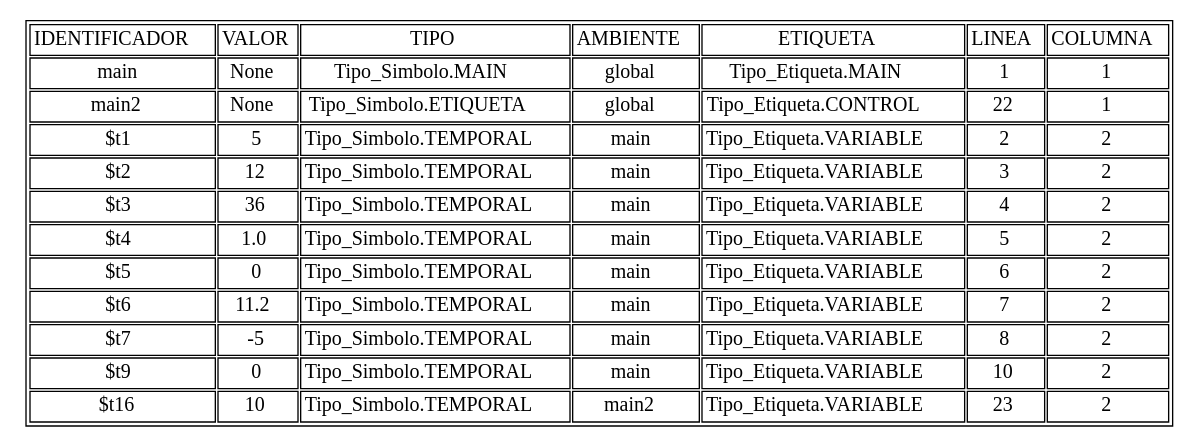
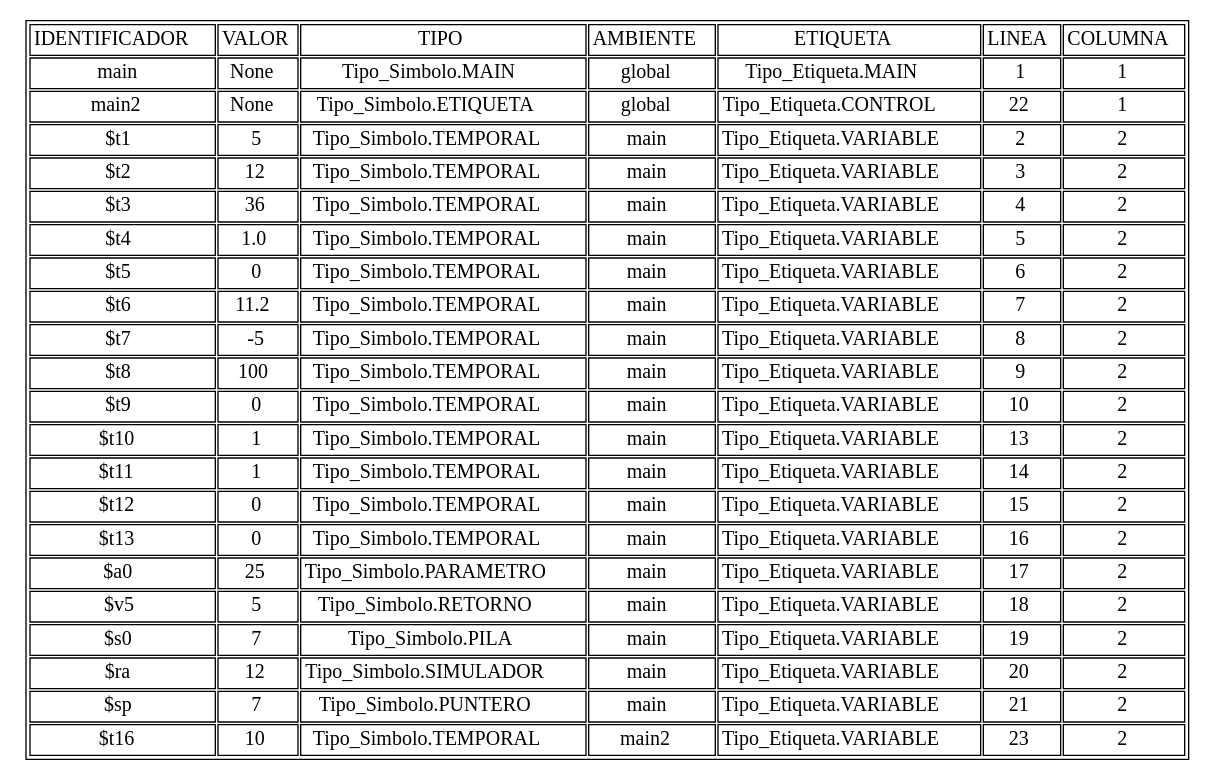
Before and after one commit to AndreeAvalos/OLC2-AUGUS: the diagram in tablasimbolos.dot, drawn with Graphviz. The commit also changed 9 other files, not shown here.

```diff
--- a/tablasimbolos.dot
+++ b/tablasimbolos.dot
@@ -1,19 +1,29 @@
 digraph tabla{
 graph [ratio=fill];node [label="\N", fontsize=15, shape=plaintext];
 graph [bb="0,0,352,154"];
 arset [label=<<TABLE ALIGN="LEFT">
 <TR><TD>IDENTIFICADOR</TD><TD>VALOR</TD><TD>TIPO</TD><TD>AMBIENTE</TD><TD>ETIQUETA</TD><TD>LINEA</TD><TD>COLUMNA</TD></TR>
 <TR><TD>main</TD><TD>None</TD><TD>Tipo_Simbolo.MAIN</TD><TD>global</TD><TD>Tipo_Etiqueta.MAIN</TD><TD>1</TD><TD>1</TD></TR>
 <TR><TD>main2</TD><TD>None</TD><TD>Tipo_Simbolo.ETIQUETA</TD><TD>global</TD><TD>Tipo_Etiqueta.CONTROL</TD><TD>22</TD><TD>1</TD></TR>
 <TR><TD>$t1</TD><TD>5</TD><TD>Tipo_Simbolo.TEMPORAL</TD><TD>main</TD><TD>Tipo_Etiqueta.VARIABLE</TD><TD>2</TD><TD>2</TD></TR>
 <TR><TD>$t2</TD><TD>12</TD><TD>Tipo_Simbolo.TEMPORAL</TD><TD>main</TD><TD>Tipo_Etiqueta.VARIABLE</TD><TD>3</TD><TD>2</TD></TR>
 <TR><TD>$t3</TD><TD>36</TD><TD>Tipo_Simbolo.TEMPORAL</TD><TD>main</TD><TD>Tipo_Etiqueta.VARIABLE</TD><TD>4</TD><TD>2</TD></TR>
 <TR><TD>$t4</TD><TD>1.0</TD><TD>Tipo_Simbolo.TEMPORAL</TD><TD>main</TD><TD>Tipo_Etiqueta.VARIABLE</TD><TD>5</TD><TD>2</TD></TR>
 <TR><TD>$t5</TD><TD>0</TD><TD>Tipo_Simbolo.TEMPORAL</TD><TD>main</TD><TD>Tipo_Etiqueta.VARIABLE</TD><TD>6</TD><TD>2</TD></TR>
 <TR><TD>$t6</TD><TD>11.2</TD><TD>Tipo_Simbolo.TEMPORAL</TD><TD>main</TD><TD>Tipo_Etiqueta.VARIABLE</TD><TD>7</TD><TD>2</TD></TR>
 <TR><TD>$t7</TD><TD>-5</TD><TD>Tipo_Simbolo.TEMPORAL</TD><TD>main</TD><TD>Tipo_Etiqueta.VARIABLE</TD><TD>8</TD><TD>2</TD></TR>
+<TR><TD>$t8</TD><TD>100</TD><TD>Tipo_Simbolo.TEMPORAL</TD><TD>main</TD><TD>Tipo_Etiqueta.VARIABLE</TD><TD>9</TD><TD>2</TD></TR>
 <TR><TD>$t9</TD><TD>0</TD><TD>Tipo_Simbolo.TEMPORAL</TD><TD>main</TD><TD>Tipo_Etiqueta.VARIABLE</TD><TD>10</TD><TD>2</TD></TR>
+<TR><TD>$t10</TD><TD>1</TD><TD>Tipo_Simbolo.TEMPORAL</TD><TD>main</TD><TD>Tipo_Etiqueta.VARIABLE</TD><TD>13</TD><TD>2</TD></TR>
+<TR><TD>$t11</TD><TD>1</TD><TD>Tipo_Simbolo.TEMPORAL</TD><TD>main</TD><TD>Tipo_Etiqueta.VARIABLE</TD><TD>14</TD><TD>2</TD></TR>
+<TR><TD>$t12</TD><TD>0</TD><TD>Tipo_Simbolo.TEMPORAL</TD><TD>main</TD><TD>Tipo_Etiqueta.VARIABLE</TD><TD>15</TD><TD>2</TD></TR>
+<TR><TD>$t13</TD><TD>0</TD><TD>Tipo_Simbolo.TEMPORAL</TD><TD>main</TD><TD>Tipo_Etiqueta.VARIABLE</TD><TD>16</TD><TD>2</TD></TR>
+<TR><TD>$a0</TD><TD>25</TD><TD>Tipo_Simbolo.PARAMETRO</TD><TD>main</TD><TD>Tipo_Etiqueta.VARIABLE</TD><TD>17</TD><TD>2</TD></TR>
+<TR><TD>$v5</TD><TD>5</TD><TD>Tipo_Simbolo.RETORNO</TD><TD>main</TD><TD>Tipo_Etiqueta.VARIABLE</TD><TD>18</TD><TD>2</TD></TR>
+<TR><TD>$s0</TD><TD>7</TD><TD>Tipo_Simbolo.PILA</TD><TD>main</TD><TD>Tipo_Etiqueta.VARIABLE</TD><TD>19</TD><TD>2</TD></TR>
+<TR><TD>$ra</TD><TD>12</TD><TD>Tipo_Simbolo.SIMULADOR</TD><TD>main</TD><TD>Tipo_Etiqueta.VARIABLE</TD><TD>20</TD><TD>2</TD></TR>
+<TR><TD>$sp</TD><TD>7</TD><TD>Tipo_Simbolo.PUNTERO</TD><TD>main</TD><TD>Tipo_Etiqueta.VARIABLE</TD><TD>21</TD><TD>2</TD></TR>
 <TR><TD>$t16</TD><TD>10</TD><TD>Tipo_Simbolo.TEMPORAL</TD><TD>main2</TD><TD>Tipo_Etiqueta.VARIABLE</TD><TD>23</TD><TD>2</TD></TR>
 </TABLE>
 >, ];
 }
```
